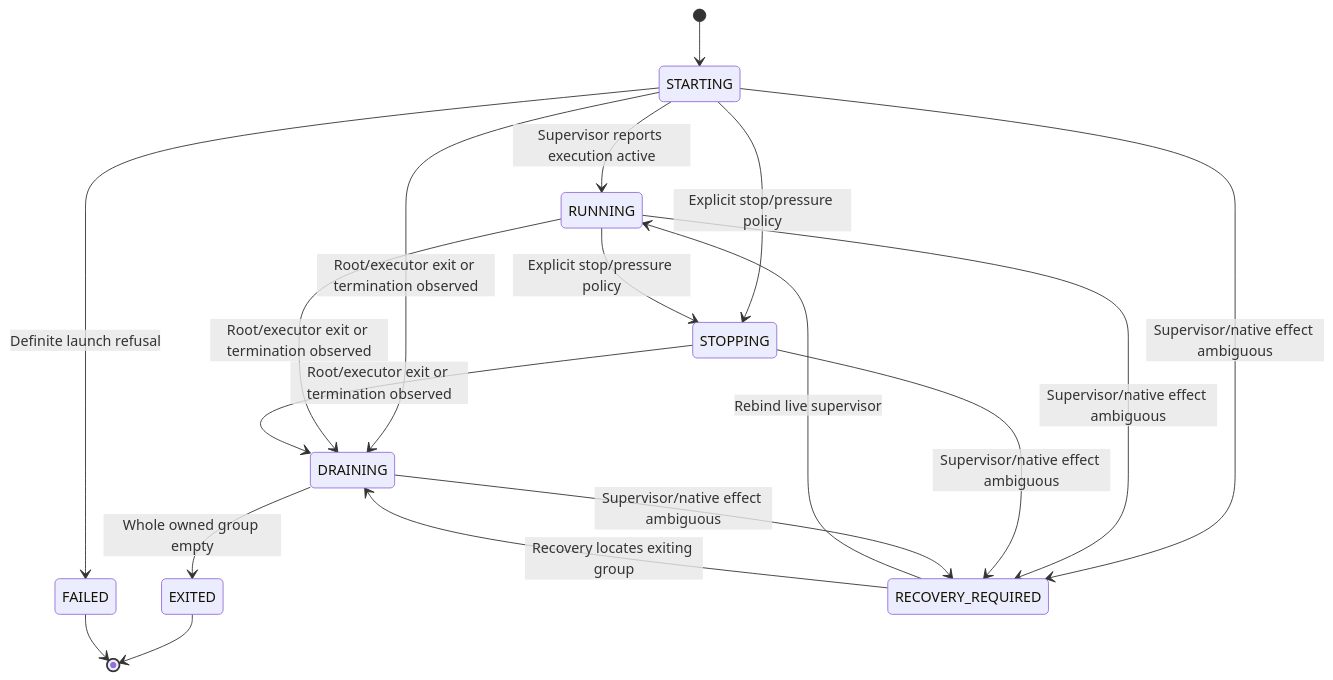
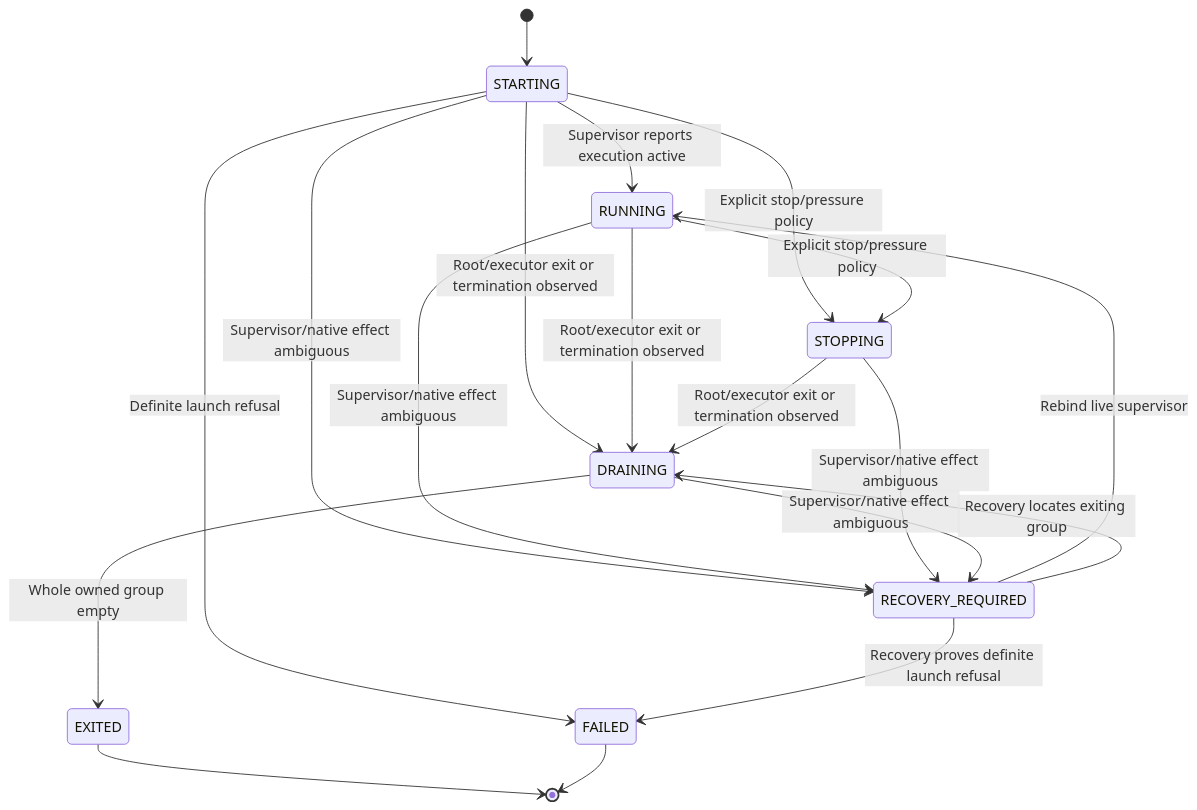
Before and after one commit to ArcForges/ArcForges-Design: the second of 6 diagrams in docs/state-machines/README.md, drawn with Mermaid. The commit also changed other lines of this file and 28 other files, not shown here.

````diff
--- a/docs/state-machines/README.md
+++ b/docs/state-machines/README.md
@@ -59,20 +59,21 @@
 ```mermaid
 stateDiagram-v2
   [*] --> STARTING
   STARTING --> RUNNING : Supervisor reports execution active
   STARTING --> FAILED : Definite launch refusal
   STARTING --> STOPPING : Explicit stop/pressure policy
   RUNNING --> STOPPING : Explicit stop/pressure policy
   STARTING --> DRAINING : Root/executor exit or termination observed
   RUNNING --> DRAINING : Root/executor exit or termination observed
   STOPPING --> DRAINING : Root/executor exit or termination observed
   DRAINING --> EXITED : Whole owned group empty
   STARTING --> RECOVERY_REQUIRED : Supervisor/native effect ambiguous
   RUNNING --> RECOVERY_REQUIRED : Supervisor/native effect ambiguous
   STOPPING --> RECOVERY_REQUIRED : Supervisor/native effect ambiguous
   DRAINING --> RECOVERY_REQUIRED : Supervisor/native effect ambiguous
   RECOVERY_REQUIRED --> RUNNING : Rebind live supervisor
   RECOVERY_REQUIRED --> DRAINING : Recovery locates exiting group
+  RECOVERY_REQUIRED --> FAILED : Recovery proves definite launch refusal
   EXITED --> [*]
   FAILED --> [*]
 ```
````
